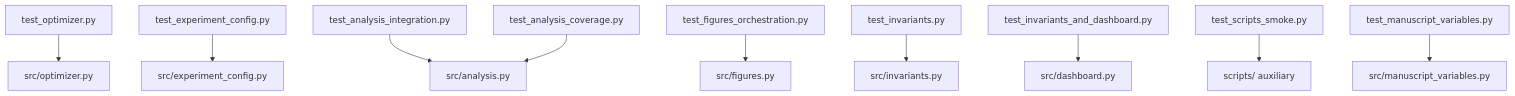
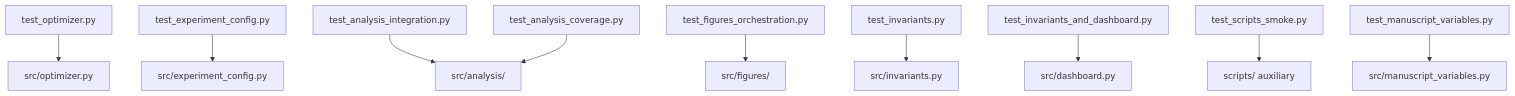
The diagram in projects/template_code_project/tests/README.md (docxology/template), drawn with Mermaid before and after one commit. The commit also changed 580 other files, not shown here.

````diff
--- a/projects/template_code_project/tests/README.md
+++ b/projects/template_code_project/tests/README.md
@@ -40,12 +40,12 @@
 ```mermaid
 graph TD
     OPT[test_optimizer.py] --> MATH[src/optimizer.py]
     CFG[test_experiment_config.py] --> EC[src/experiment_config.py]
-    INT[test_analysis_integration.py] --> ANA[src/analysis.py]
-    FIG[test_figures_orchestration.py] --> FIGS[src/figures.py]
+    INT[test_analysis_integration.py] --> ANA[src/analysis/]
+    FIG[test_figures_orchestration.py] --> FIGS[src/figures/]
     COV[test_analysis_coverage.py] --> ANA
     TINV[test_invariants.py] --> INVM[src/invariants.py]
     DASH[test_invariants_and_dashboard.py] --> DB[src/dashboard.py]
     SMK[test_scripts_smoke.py] --> SCRIPTS[scripts/ auxiliary]
     MV[test_manuscript_variables.py] --> VARS[src/manuscript_variables.py]
 ```
````
